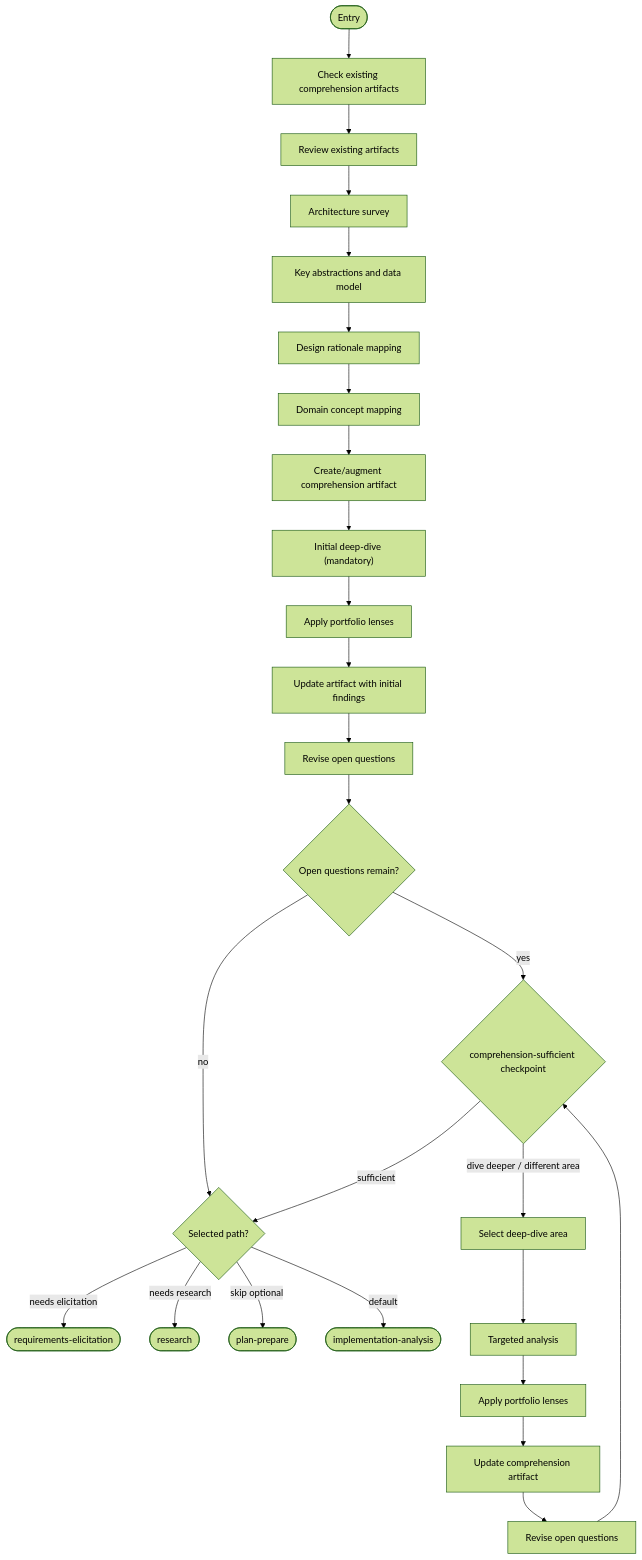
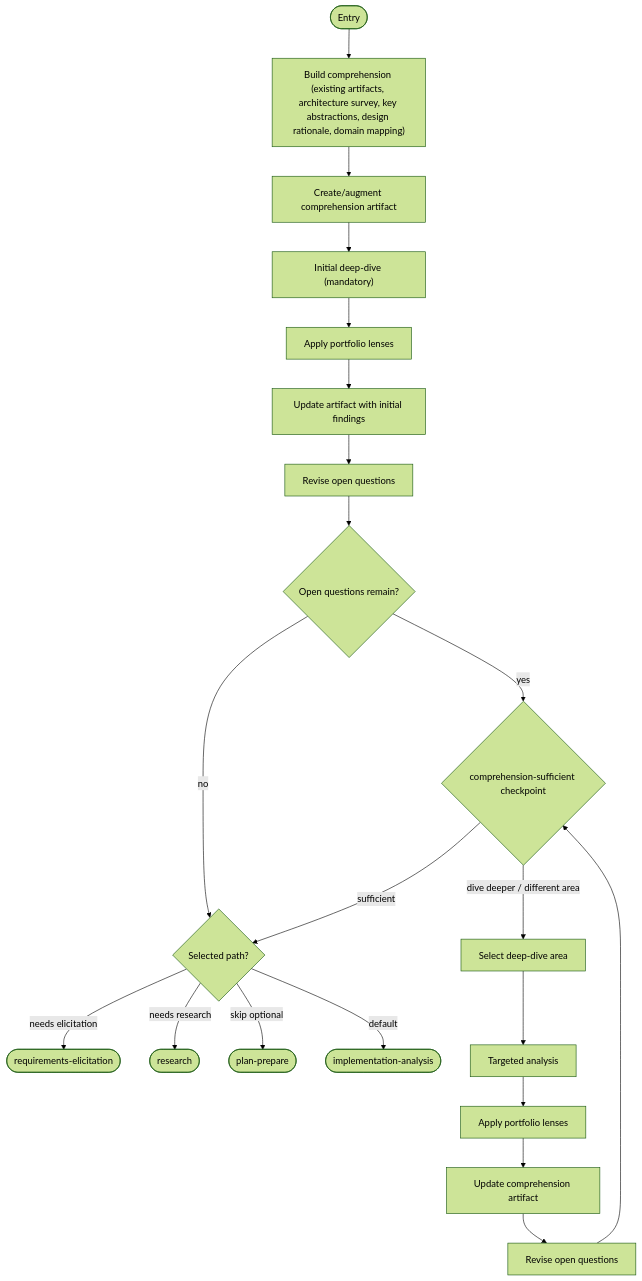
Before and after one commit to m2ux/workflow-server: diagram 14 of 14 in work-package/activities/README.md, drawn with Mermaid (forest theme). The commit also changed other lines of this file and 16 other files, not shown here.

First line of the commit message:
docs: eliminate prose + mermaid staleness in migrated workflow READMEs

````diff
--- a/work-package/activities/README.md
+++ b/work-package/activities/README.md
@@ -943,31 +905,26 @@
 ```mermaid
 graph TD
-    entryNode(["Entry"]) --> checkExisting["Check existing comprehension artifacts"]
-    checkExisting --> reviewExisting["Review existing artifacts"]
-    reviewExisting --> archSurvey["Architecture survey"]
-    archSurvey --> keyAbstractions["Key abstractions and data model"]
-    keyAbstractions --> designRationale["Design rationale mapping"]
-    designRationale --> domainMapping["Domain concept mapping"]
-    domainMapping --> createArtifact["Create/augment comprehension artifact"]
+    entryNode(["Entry"]) --> buildComprehension["Build comprehension (existing artifacts, architecture survey, key abstractions, design rationale, domain mapping)"]
+    buildComprehension --> createArtifact["Create/augment comprehension artifact"]
 
     createArtifact --> initialDeepDive["Initial deep-dive (mandatory)"]
     initialDeepDive --> initialLens["Apply portfolio lenses"]
     initialLens --> updateInitial["Update artifact with initial findings"]
     updateInitial --> reviseQuestions["Revise open questions"]
     reviseQuestions --> hasOpen{"Open questions remain?"}
     hasOpen -->|"no"| pathBranch
     hasOpen -->|"yes"| cpSufficient{"comprehension-sufficient checkpoint"}
     cpSufficient -->|"sufficient"| pathBranch{"Selected path?"}
     cpSufficient -->|"dive deeper / different area"| selectArea["Select deep-dive area"]
 
     selectArea --> targetedAnalysis["Targeted analysis"]
     targetedAnalysis --> lensPass["Apply portfolio lenses"]
     lensPass --> updateArtifact["Update comprehension artifact"]
     updateArtifact --> reviseOpen["Revise open questions"]
     reviseOpen --> cpSufficient
 
     pathBranch -->|"needs elicitation"| exitElicit(["requirements-elicitation"])
     pathBranch -->|"needs research"| exitResearch(["research"])
     pathBranch -->|"skip optional"| exitPlan(["plan-prepare"])
     pathBranch -->|"default"| exitAnalysis(["implementation-analysis"])
 ```
````
